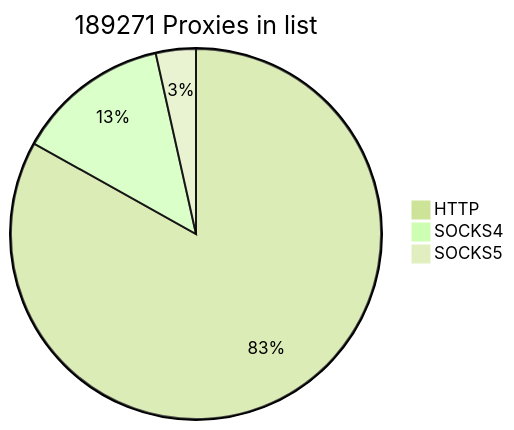
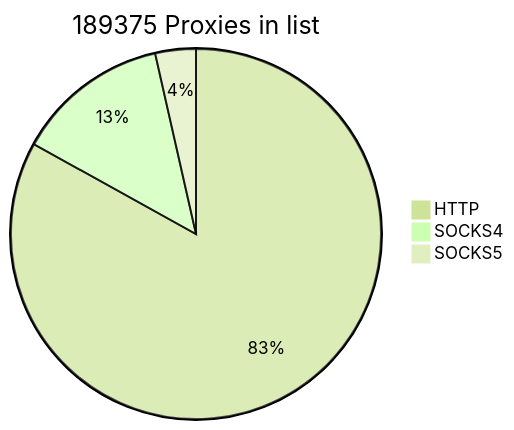
The first of 2 diagrams in README.md (cutipu/proxylist), drawn with Mermaid (forest theme) before and after one commit. The commit also changed other lines of this file, not shown here.

````diff
--- a/README.md
+++ b/README.md
@@ -2,7 +2,7 @@
 ```mermaid
-pie title 189271 Proxies in list
+pie title 189375 Proxies in list
     "HTTP" : 157282
-    "SOCKS4" : 25378
-    "SOCKS5" : 6611
+    "SOCKS4" : 25379
+    "SOCKS5" : 6714
             
 ```
````
